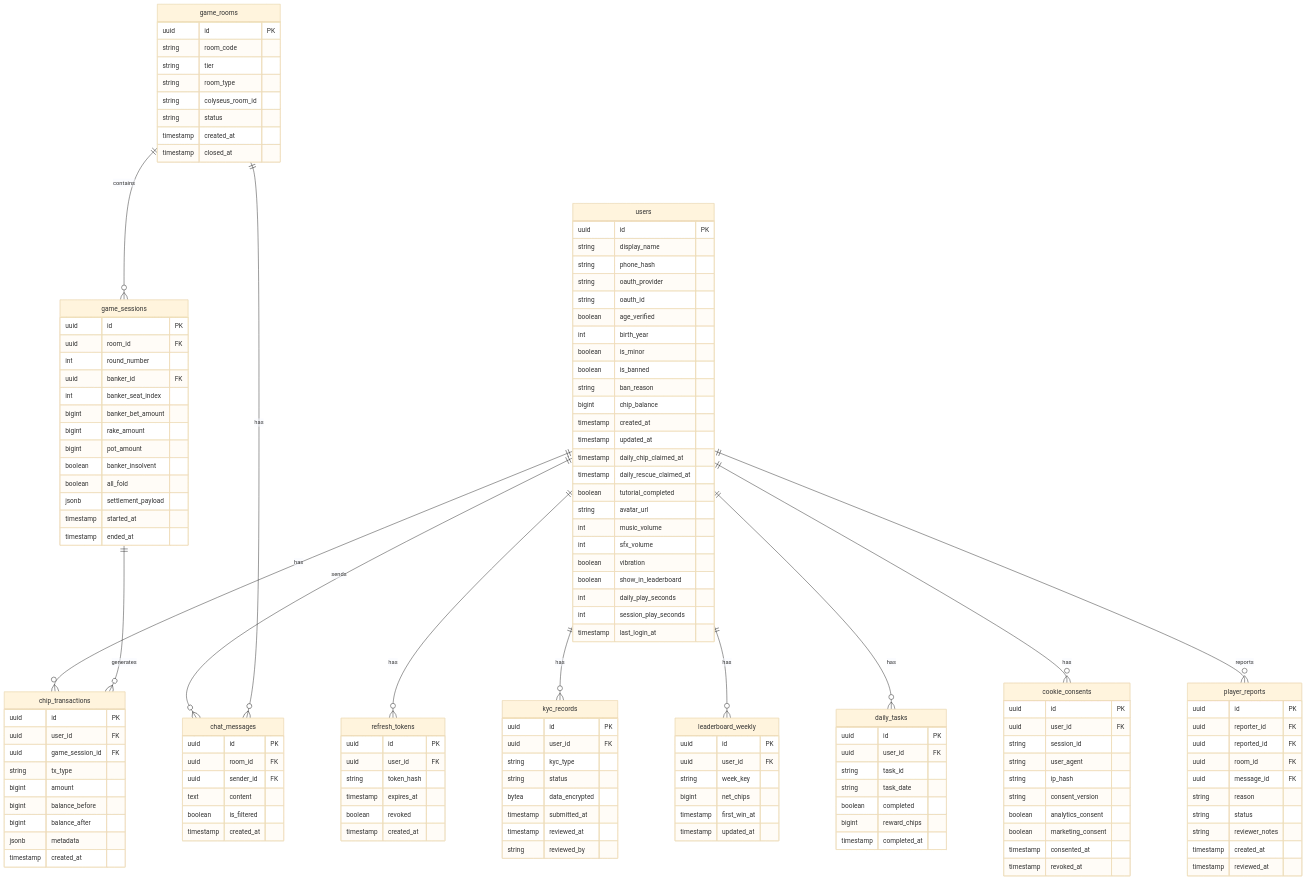
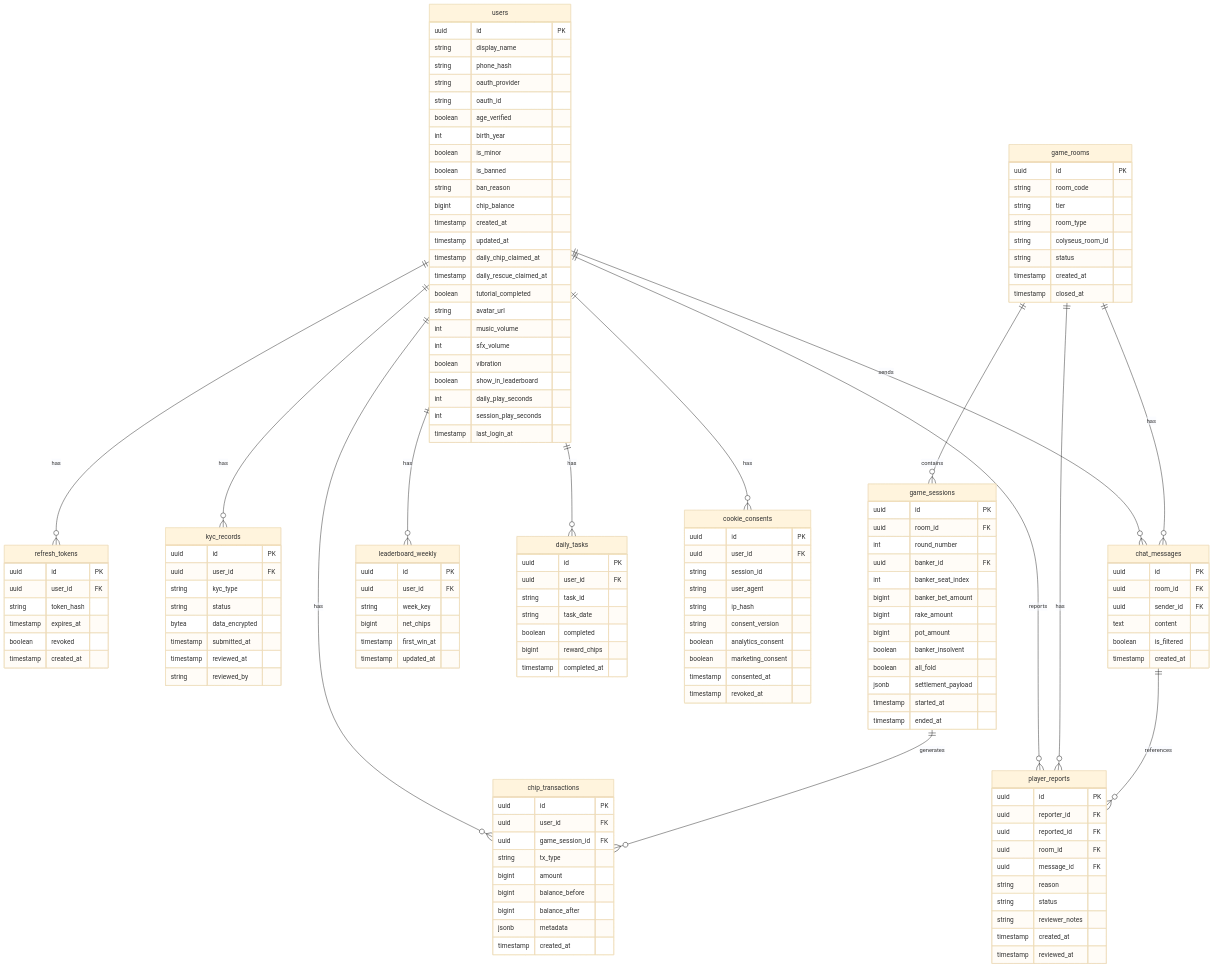
Before and after one commit to ibalasite/sam-gong-game: the fourth of 4 diagrams in docs/EDD.md, drawn with Mermaid (base theme). The commit also changed other lines of this file, not shown here.

Commit message:
review(devsop)[STEP-08]: Round 11 fix — 4 findings resolved (§3.4/§4.4 heading levels, §9.1 Logging heading, BankerRotation advance()→rotate() API unification, erDiagram player_reports FK relationships)

````diff
--- a/docs/EDD.md
+++ b/docs/EDD.md
@@ -1336,4 +1338,6 @@
     users ||--o{ chat_messages : "sends"
     game_rooms ||--o{ chat_messages : "has"
     users ||--o{ player_reports : "reports"
+    game_rooms ||--o{ player_reports : "has"
+    chat_messages ||--o{ player_reports : "references"
 ```
````
